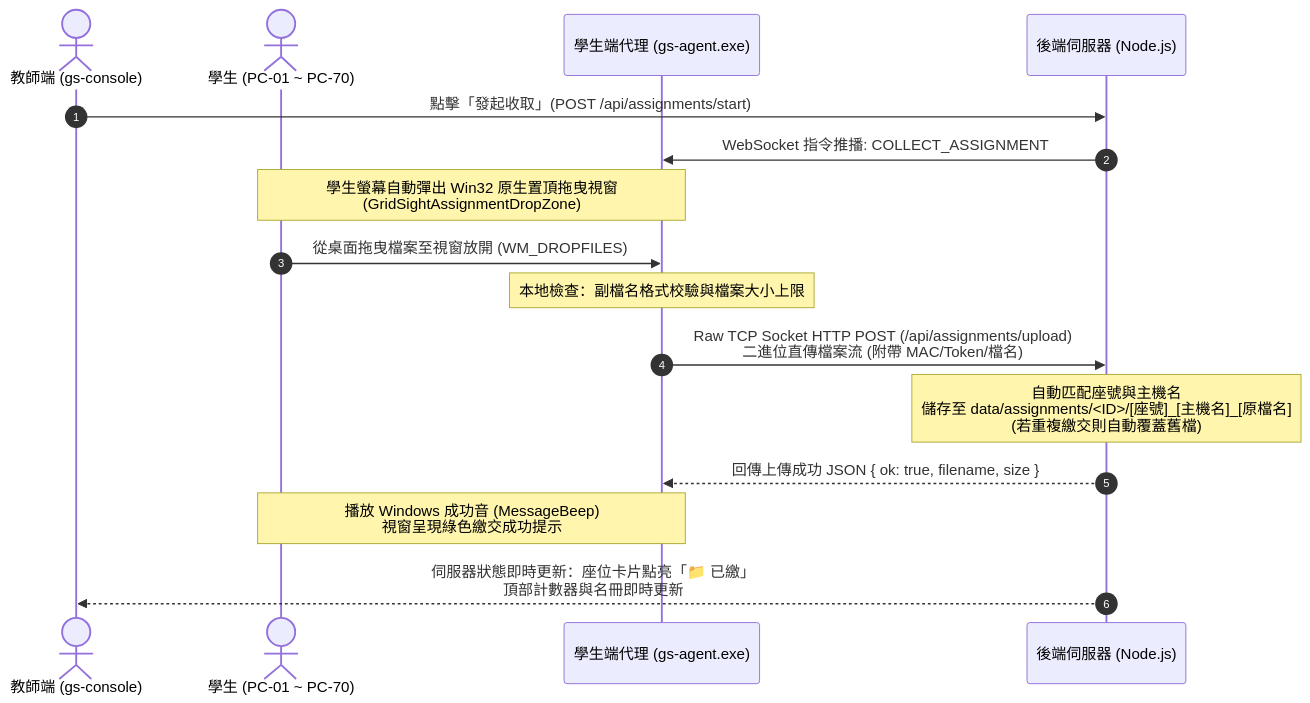
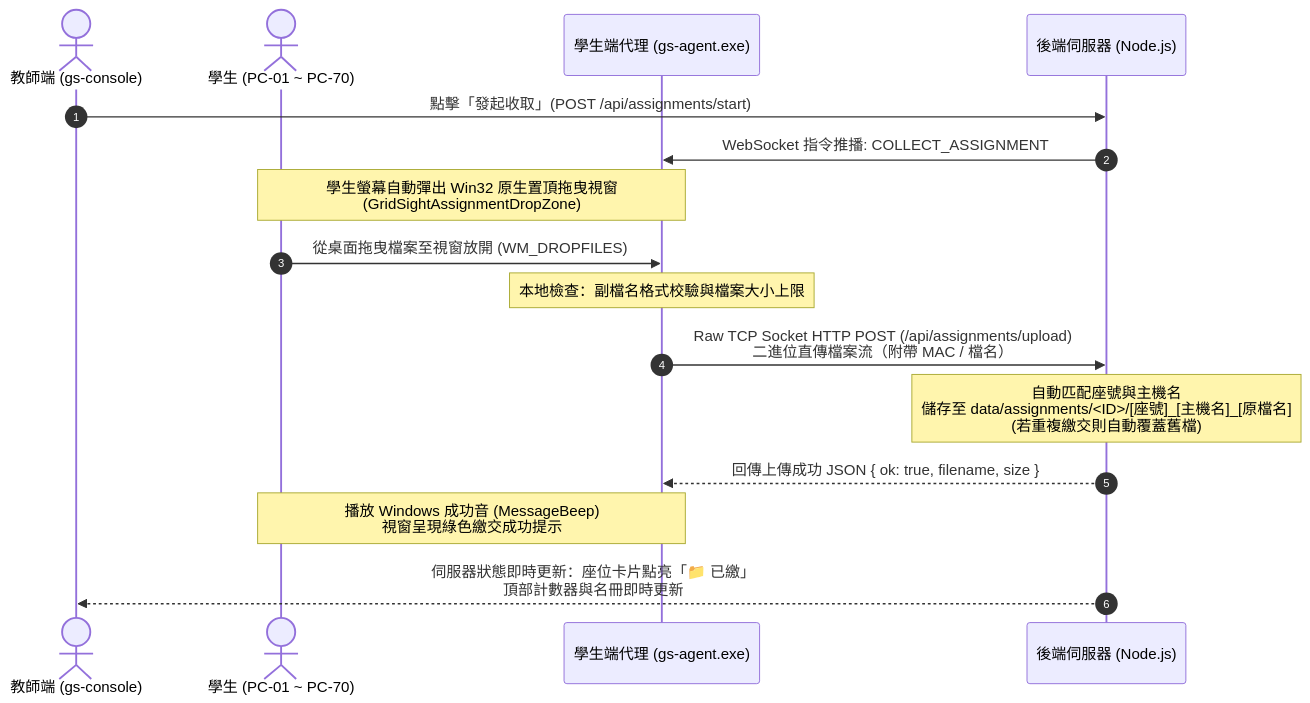
One commit to zzlee/gridsight changed the diagram in docs/wiki/classroom-assignment-dropbox.md. Above: the diagram before and after it, drawn with Mermaid. The commit also changed other lines of this file and 56 other files, not shown here.

First line of the commit message:
feat(assignment,rollcall,docker): add assignment collection & share cluster tests, roll call flow, and card simplification

````diff
--- a/docs/wiki/classroom-assignment-dropbox.md
+++ b/docs/wiki/classroom-assignment-dropbox.md
@@ -24,19 +24,19 @@
 ```mermaid
 sequenceDiagram
     autonumber
     actor T as 教師端 (gs-console)
     actor S as 學生 (PC-01 ~ PC-70)
     participant A as 學生端代理 (gs-agent.exe)
     participant B as 後端伺服器 (Node.js)
 
     T->>B: 點擊「發起收取」(POST /api/assignments/start)
     B->>A: WebSocket 指令推播: COLLECT_ASSIGNMENT
     Note over A,S: 學生螢幕自動彈出 Win32 原生置頂拖曳視窗<br/>(GridSightAssignmentDropZone)
     S->>A: 從桌面拖曳檔案至視窗放開 (WM_DROPFILES)
     Note over A: 本地檢查：副檔名格式校驗與檔案大小上限
-    A->>B: Raw TCP Socket HTTP POST (/api/assignments/upload)<br/>二進位直傳檔案流 (附帶 MAC/Token/檔名)
+    A->>B: Raw TCP Socket HTTP POST (/api/assignments/upload)<br/>二進位直傳檔案流（附帶 MAC / 檔名）
     Note over B: 自動匹配座號與主機名<br/>儲存至 data/assignments/<ID>/[座號]_[主機名]_[原檔名]<br/>(若重複繳交則自動覆蓋舊檔)
     B-->>A: 回傳上傳成功 JSON { ok: true, filename, size }
     Note over A,S: 播放 Windows 成功音 (MessageBeep)<br/>視窗呈現綠色繳交成功提示
     B-->>T: 伺服器狀態即時更新：座位卡片點亮「📁 已繳」<br/>頂部計數器與名冊即時更新
 ```
````
